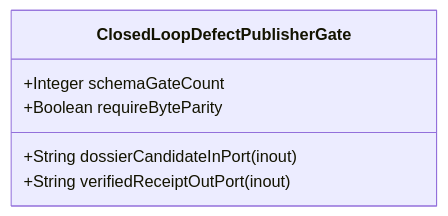
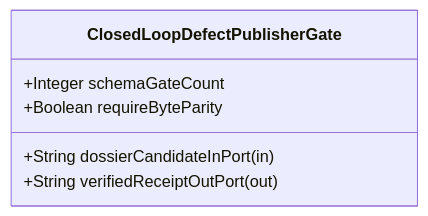
The diagram in .pipeline/upstream/docs/features/FEAT-26-ClosedLoopDefectPublisherGate.md (gintatkinson/DEAP01-spec-core), drawn with Mermaid before and after one commit. The commit also changed other lines of this file and 213 other files, not shown here.

````diff
--- a/.pipeline/upstream/docs/features/FEAT-26-ClosedLoopDefectPublisherGate.md
+++ b/.pipeline/upstream/docs/features/FEAT-26-ClosedLoopDefectPublisherGate.md
@@ -16,9 +16,9 @@
 ```mermaid
 classDiagram
     class ClosedLoopDefectPublisherGate {
-        +String dossierCandidateInPort (inout)
-        +String verifiedReceiptOutPort (inout)
+        +String dossierCandidateInPort (in)
+        +String verifiedReceiptOutPort (out)
         +Integer schemaGateCount
         +Boolean requireByteParity
     }
 ```
````
